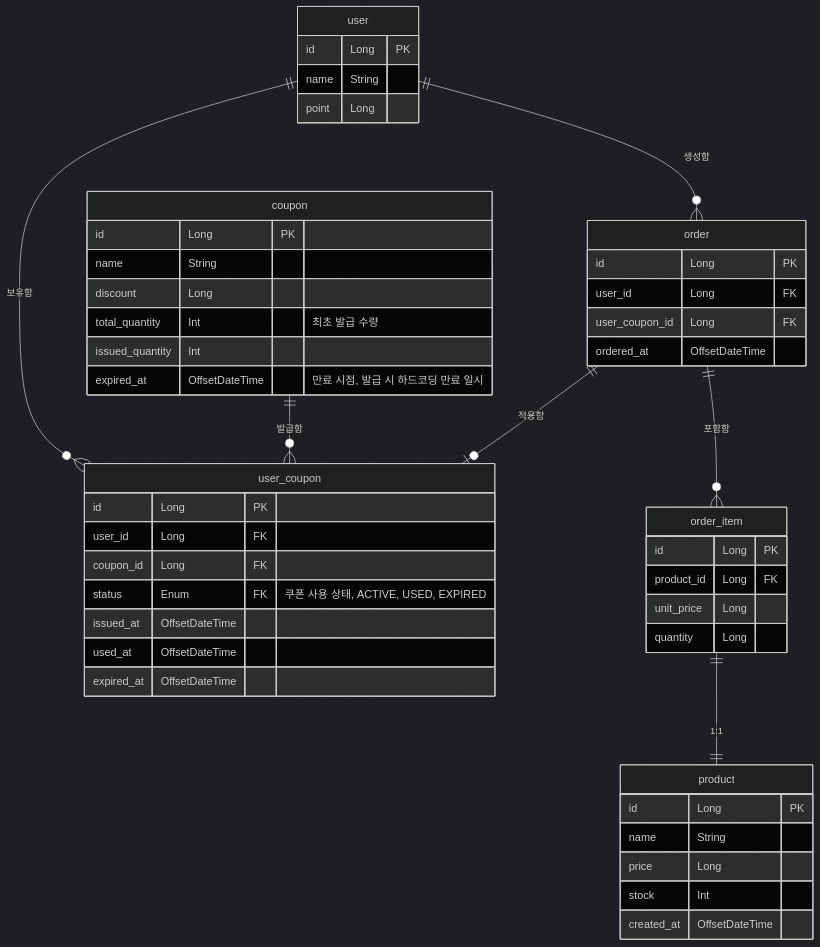
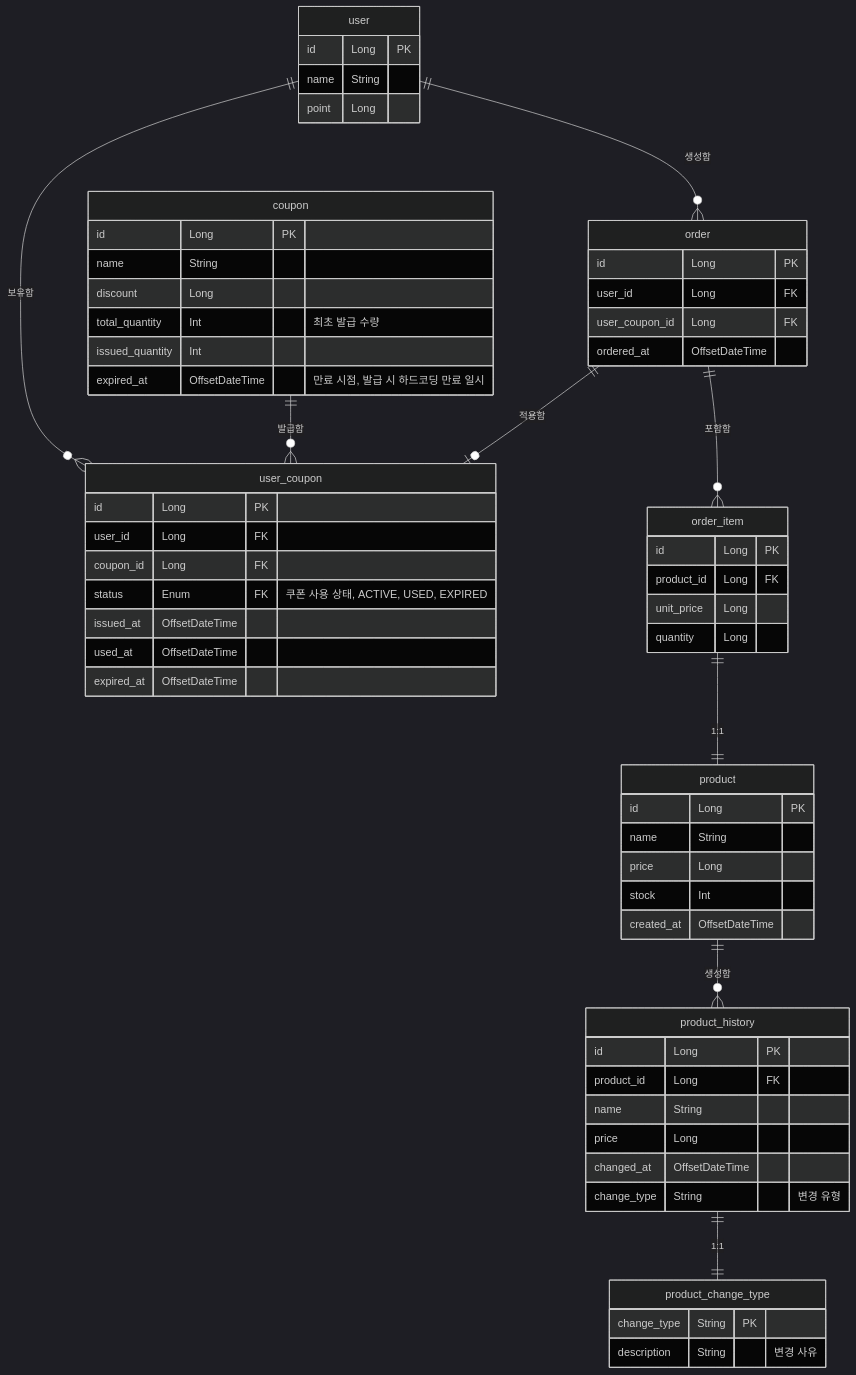
One commit to ite476/hhplus-ecommerce-api changed the diagram in docs/entity-relationship-diagram.md. Above: the diagram before and after it, drawn with Mermaid (dark theme). The commit also changed other lines of this file, not shown here.

Commit message:
doc: ERD에 상품 이력 테이블 추가
> 추후 상품 가격 등 정보 변경 이력, 재고 변경 이력에 대한 추적 용도

````diff
--- a/docs/entity-relationship-diagram.md
+++ b/docs/entity-relationship-diagram.md
@@ -3,57 +3,75 @@
 ```mermaid
 erDiagram
     user {
         id Long PK
         name String 
         point Long
     }
     
     product {
         id Long PK
         name String 
         price Long
         stock Int
         created_at OffsetDateTime        
+    }
+    
+    product_history {
+        id Long PK
+        product_id Long FK        
+        name String
+        price Long         
+        changed_at OffsetDateTime
+        
+        change_type String "변경 유형"
+    }
+    
+    product_change_type {
+        change_type String PK
+        description String "변경 사유"
     }
     
     coupon {
         id Long PK
         name String
         discount Long
         total_quantity Int "최초 발급 수량"
         issued_quantity Int 
         expired_at OffsetDateTime "만료 시점, 발급 시 하드코딩 만료 일시"
     }
     
     user_coupon {
         id Long PK
         user_id Long FK
         coupon_id Long FK
         status Enum FK "쿠폰 사용 상태, ACTIVE, USED, EXPIRED"
         issued_at OffsetDateTime
         used_at OffsetDateTime
         expired_at OffsetDateTime
     }
     
     order {
         id Long PK
         user_id Long FK
         user_coupon_id Long FK
         ordered_at OffsetDateTime        
     }
     
     order_item {
         id Long PK
         product_id Long FK
         unit_price Long 
         quantity Long
     }
     
     user ||--o{ order : "생성함"
         order ||--o{ order_item : "포함함"
         order_item ||--|| product : "1:1"
     
     user ||--o{ user_coupon : "보유함"
     coupon ||--o{ user_coupon : "발급함"
     order ||--o| user_coupon : "적용함"
+    
+    product ||--o{ product_history : "생성함"
+        product_history ||--|| product_change_type : "1:1"
 ```
````
